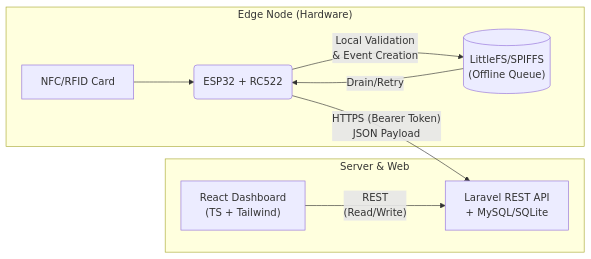
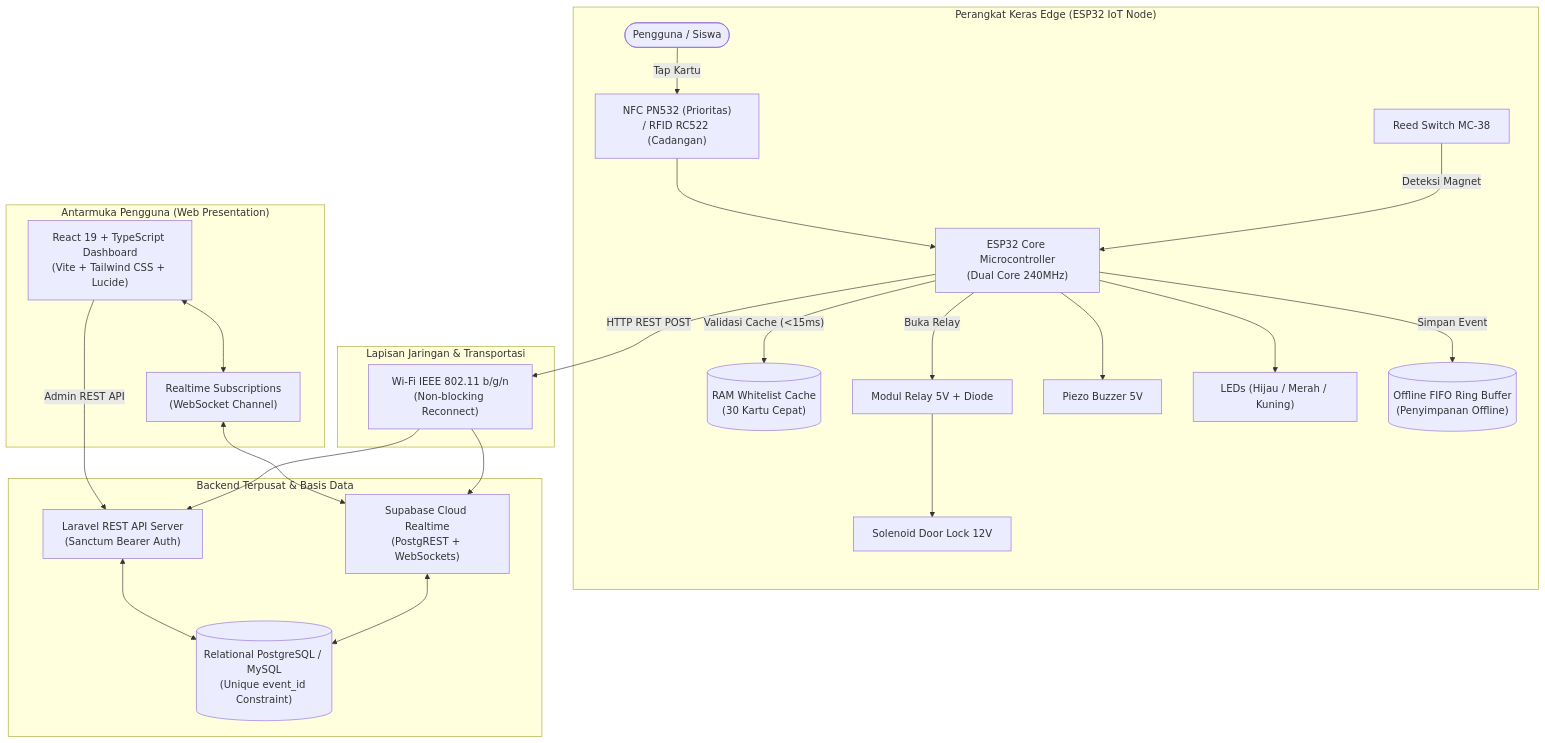
The first of 4 diagrams in docs/ARCHITECTURE.md (yoka-local/PJBL-P1), drawn with Mermaid before and after one commit. The commit also changed other lines of this file and 90 other files, not shown here.

Commit message:
feat(final): finalize NFCKey project deliverable with clean modular architecture, full documentation, and wokwi simulation

````diff
--- a/docs/ARCHITECTURE.md
+++ b/docs/ARCHITECTURE.md
@@ -7,13 +11,38 @@
 ```mermaid
-flowchart LR
-    subgraph Edge["Edge Node (Hardware)"]
-        A[NFC/RFID Card] --> B("ESP32 + RC522")
-        B -- "Local Validation\n& Event Creation" --> C[("LittleFS/SPIFFS\n(Offline Queue)")]
-        C -- "Drain/Retry" --> B
+flowchart TD
+    subgraph Edge["Perangkat Keras Edge (ESP32 IoT Node)"]
+        User(["Pengguna / Siswa"]) -- "Tap Kartu" --> Reader["NFC PN532 (Prioritas)\n/ RFID RC522 (Cadangan)"]
+        Reader --> Controller["ESP32 Core Microcontroller\n(Dual Core 240MHz)"]
+        Controller -- "Validasi Cache (<15ms)" --> LocalCache[("RAM Whitelist Cache\n(30 Kartu Cepat)")]
+        Controller -- "Buka Relay" --> Relay["Modul Relay 5V + Diode"]
+        Relay --> Solenoid["Solenoid Door Lock 12V"]
+        Reed["Reed Switch MC-38"] -- "Deteksi Magnet" --> Controller
+        Controller --> Buzzer["Piezo Buzzer 5V"]
+        Controller --> LEDs["LEDs (Hijau / Merah / Kuning)"]
+        Controller -- "Simpan Event" --> QueueBuffer[("Offline FIFO Ring Buffer\n(Penyimpanan Offline)")]
     end
 
-    subgraph Server["Server & Web"]
-        B -- "HTTPS (Bearer Token)\nJSON Payload" --> D["Laravel REST API\n+ MySQL/SQLite"]
-        E["React Dashboard\n(TS + Tailwind)"] -- "REST\n(Read/Write)" --> D
+    subgraph Network["Lapisan Jaringan & Transportasi"]
+        WiFi["Wi-Fi IEEE 802.11 b/g/n\n(Non-blocking Reconnect)"]
     end
+
+    subgraph Cloud["Backend Terpusat & Basis Data"]
+        Supabase["Supabase Cloud Realtime\n(PostgREST + WebSockets)"]
+        Laravel["Laravel REST API Server\n(Sanctum Bearer Auth)"]
+        Database[("Relational PostgreSQL / MySQL\n(Unique event_id Constraint)")]
+        Laravel <--> Database
+        Supabase <--> Database
+    end
+
+    subgraph Frontend["Antarmuka Pengguna (Web Presentation)"]
+        Dashboard["React 19 + TypeScript Dashboard\n(Vite + Tailwind CSS + Lucide)"]
+        LiveStream["Realtime Subscriptions\n(WebSocket Channel)"]
+        Dashboard <--> LiveStream
+        LiveStream <--> Supabase
+        Dashboard -- "Admin REST API" --> Laravel
+    end
+
+    Controller -- "HTTP REST POST" --> WiFi
+    WiFi --> Supabase
+    WiFi --> Laravel
 ```
````
